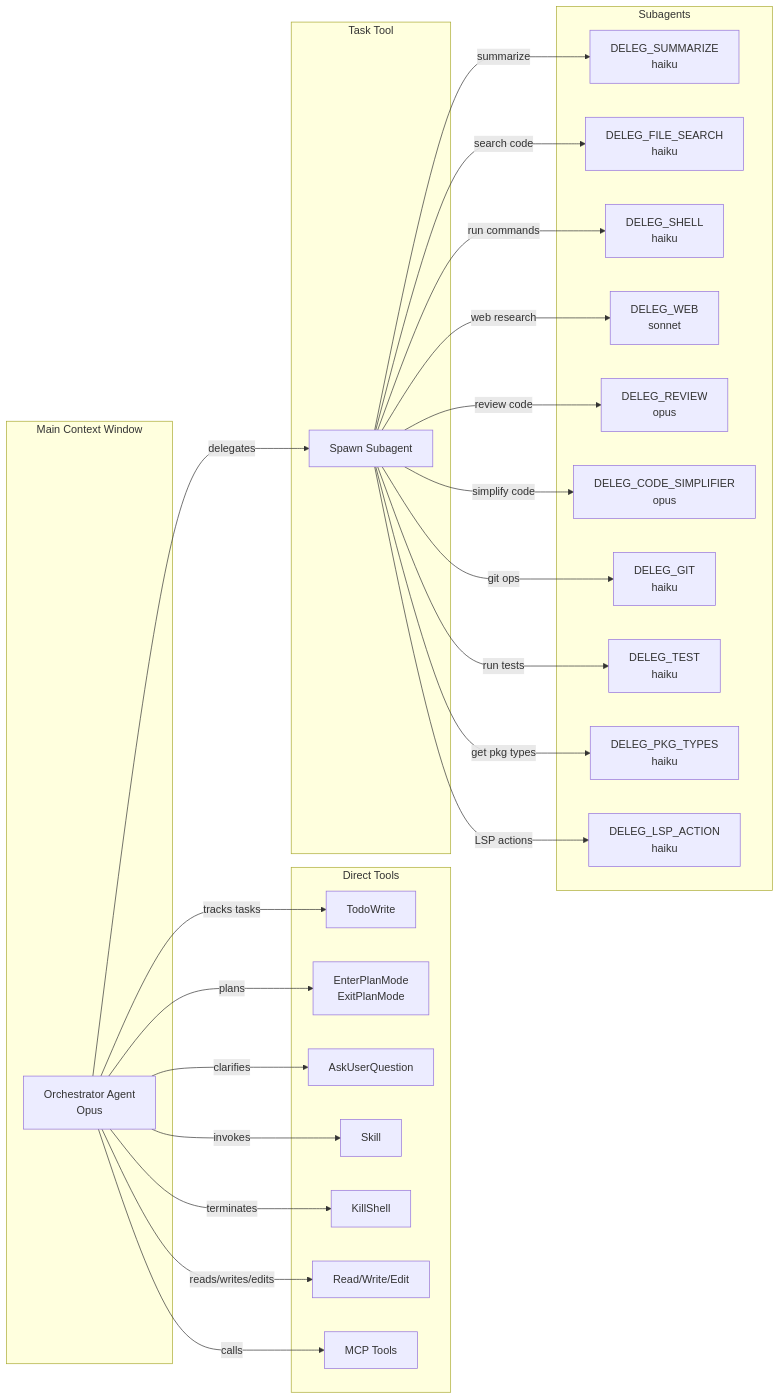
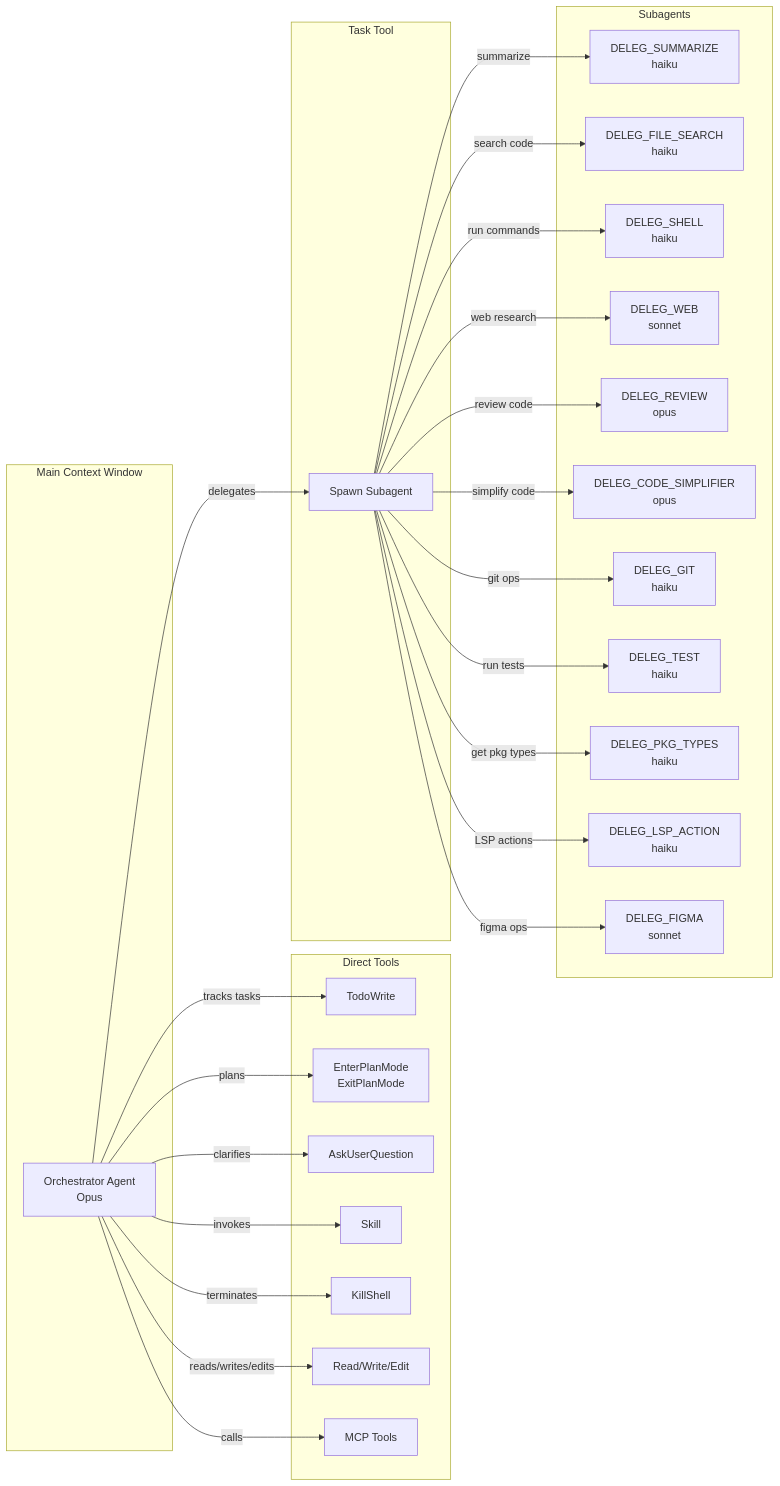
One commit to kentoje/dotfiles changed the diagram in .config/opencode/prompts/DELEG_ORCHESTRATOR.md. Above: the diagram before and after it, drawn with Mermaid. The commit also changed other lines of this file and 3 other files, not shown here.

Commit message:
add figma deleg agent

````diff
--- a/.config/opencode/prompts/DELEG_ORCHESTRATOR.md
+++ b/.config/opencode/prompts/DELEG_ORCHESTRATOR.md
@@ -5,52 +5,54 @@
 ```mermaid
 flowchart LR
     subgraph Main["Main Context Window"]
         O[Orchestrator Agent<br/>Opus]
     end
 
     subgraph Tools["Direct Tools"]
         TW[TodoWrite]
         PM[EnterPlanMode<br/>ExitPlanMode]
         AQ[AskUserQuestion]
         SK[Skill]
         KS[KillShell]
         RWE[Read/Write/Edit]
         MCP[MCP Tools]
     end
 
     subgraph Task["Task Tool"]
         T[Spawn Subagent]
     end
 
     subgraph Subagents["Subagents"]
         SU[DELEG_SUMMARIZE<br/>haiku]
         FS[DELEG_FILE_SEARCH<br/>haiku]
         SH[DELEG_SHELL<br/>haiku]
         WB[DELEG_WEB<br/>sonnet]
         RV[DELEG_REVIEW<br/>opus]
         CS[DELEG_CODE_SIMPLIFIER<br/>opus]
         GT[DELEG_GIT<br/>haiku]
         TS[DELEG_TEST<br/>haiku]
         PT[DELEG_PKG_TYPES<br/>haiku]
         LA[DELEG_LSP_ACTION<br/>haiku]
+        FG[DELEG_FIGMA<br/>sonnet]
     end
 
     O -->|tracks tasks| TW
     O -->|plans| PM
     O -->|clarifies| AQ
     O -->|invokes| SK
     O -->|terminates| KS
     O -->|reads/writes/edits| RWE
     O -->|calls| MCP
     O -->|delegates| T
     T -->|summarize| SU
     T -->|search code| FS
     T -->|run commands| SH
     T -->|web research| WB
     T -->|review code| RV
     T -->|simplify code| CS
     T -->|git ops| GT
     T -->|run tests| TS
     T -->|get pkg types| PT
     T -->|LSP actions| LA
+    T -->|figma ops| FG
 ```
````
